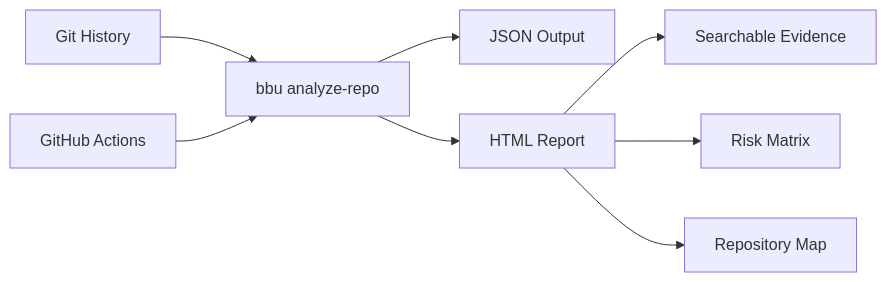
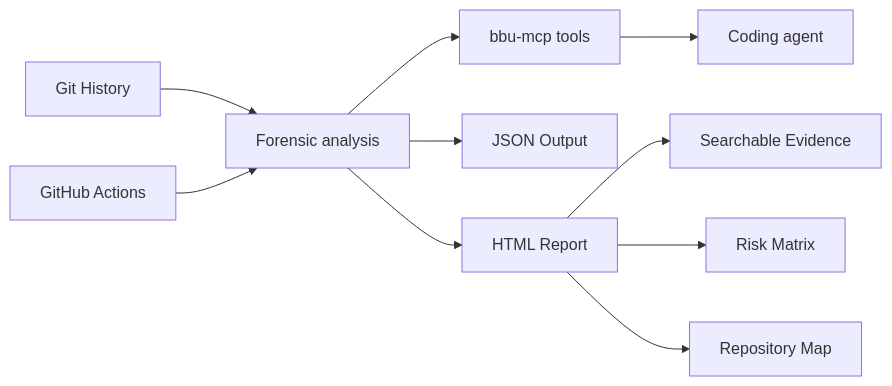
The second of 2 diagrams in README.md (michael-denyer/black-box-unlock), drawn with Mermaid before and after one commit. The commit also changed other lines of this file and 4 other files, not shown here.

Commit message:
docs: show the MCP agent path in the diagrams (#48)

````diff
--- a/README.md
+++ b/README.md
@@ -186,10 +199,12 @@
 ```mermaid
 flowchart LR
-    Git[Git History] --> Analyze[bbu analyze-repo]
+    Git[Git History] --> Analyze[Forensic analysis]
     CI[GitHub Actions] --> Analyze
+    Analyze --> MCP[bbu-mcp tools]
+    MCP --> Agent[Coding agent]
     Analyze --> JSON[JSON Output]
     Analyze --> HTML[HTML Report]
     HTML --> Grid[Searchable Evidence]
     HTML --> Matrix[Risk Matrix]
     HTML --> Treemap[Repository Map]
 ```
````
